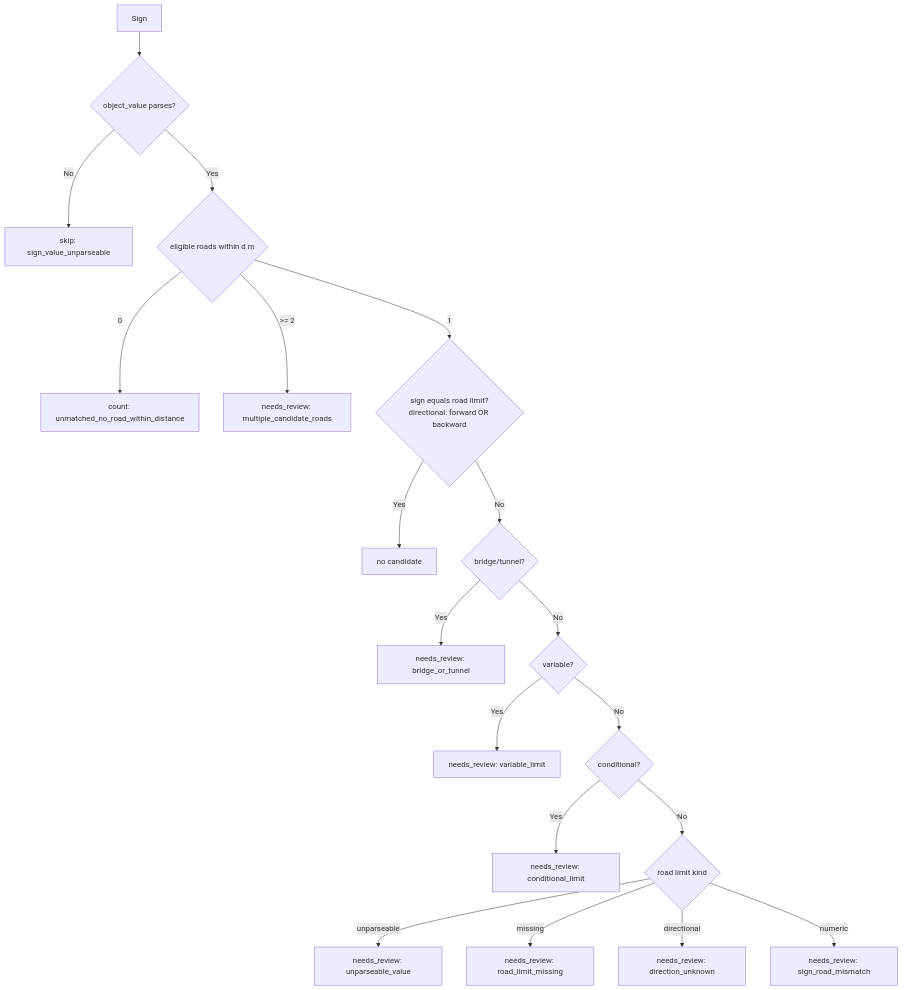
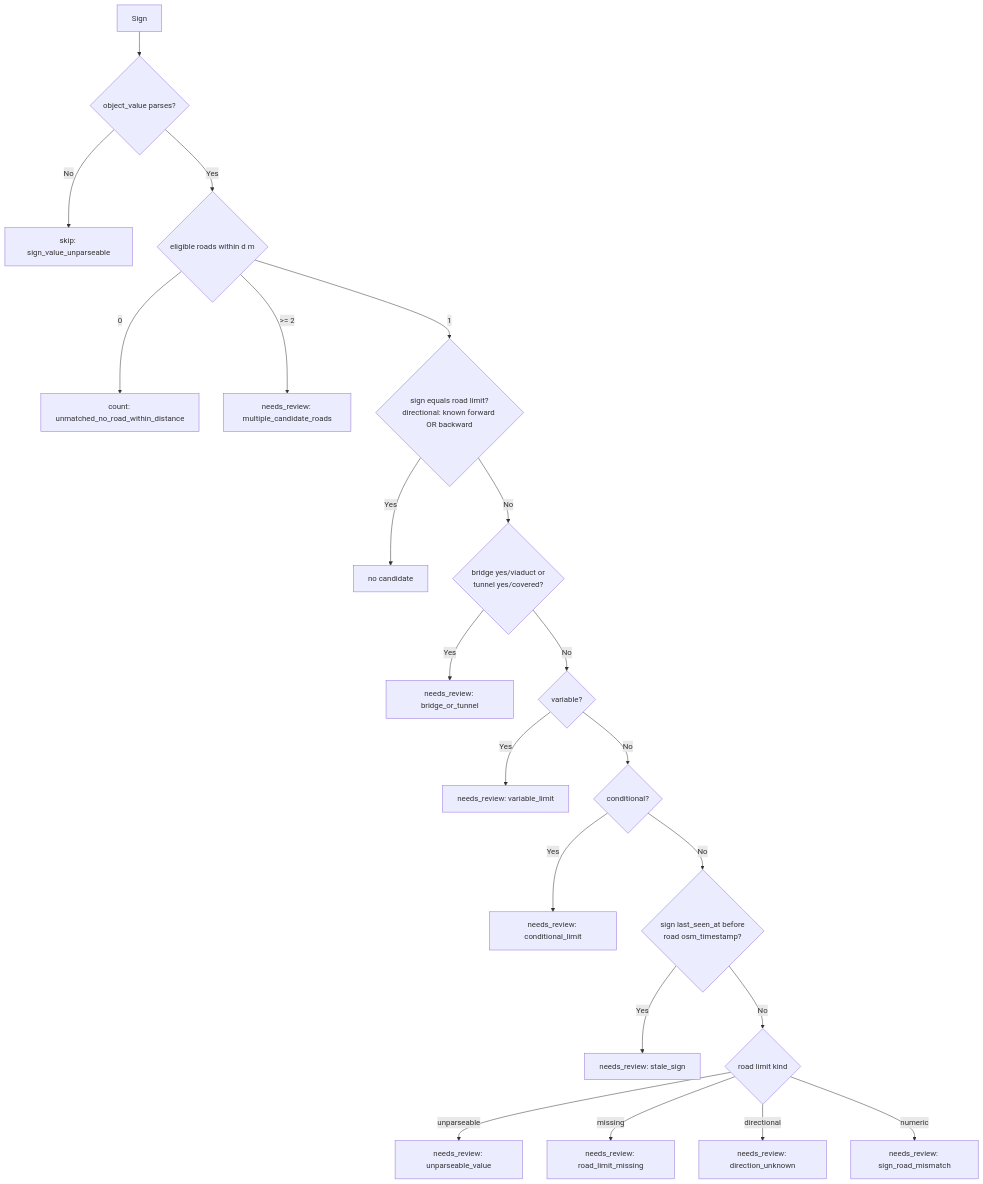
Before and after one commit to monikabialobrzeska/szkolenie_dodatkowe: the second of 3 diagrams in docs/ADR/002-detection-rules.md, drawn with Mermaid. The commit also changed other lines of this file and 4 other files, not shown here.

````diff
--- a/docs/ADR/002-detection-rules.md
+++ b/docs/ADR/002-detection-rules.md
@@ -211,21 +240,23 @@
 ```mermaid
 flowchart TD
     S[Sign] --> P{object_value parses?}
     P -- No --> SK[skip: sign_value_unparseable]
     P -- Yes --> A{eligible roads within d m}
     A -- 0 --> U[count: unmatched_no_road_within_distance]
     A -- ">= 2" --> M[needs_review: multiple_candidate_roads]
-    A -- 1 --> E{sign equals road limit?<br/>directional: forward OR backward}
+    A -- 1 --> E{sign equals road limit?<br/>directional: known forward OR backward}
     E -- Yes --> N[no candidate]
-    E -- No --> B{bridge/tunnel?}
+    E -- No --> B{bridge yes/viaduct or<br/>tunnel yes/covered?}
     B -- Yes --> R1[needs_review: bridge_or_tunnel]
     B -- No --> V{variable?}
     V -- Yes --> R2[needs_review: variable_limit]
     V -- No --> C{conditional?}
     C -- Yes --> R3[needs_review: conditional_limit]
-    C -- No --> K{road limit kind}
+    C -- No --> T{sign last_seen_at before<br/>road osm_timestamp?}
+    T -- Yes --> RS[needs_review: stale_sign]
+    T -- No --> K{road limit kind}
     K -- unparseable --> R4[needs_review: unparseable_value]
     K -- missing --> R5[needs_review: road_limit_missing]
     K -- directional --> R6[needs_review: direction_unknown]
     K -- numeric --> R7[needs_review: sign_road_mismatch]
 ```
````
